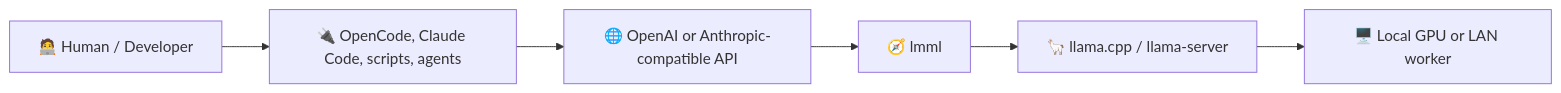
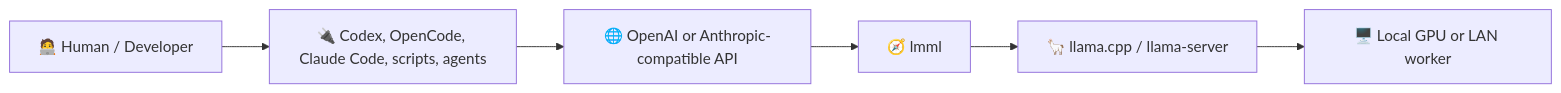
Before and after one commit to soulhash-labs/lmml: the first of 3 diagrams in README.md, drawn with Mermaid. The commit also changed other lines of this file and 6 other files, not shown here.

````diff
--- a/README.md
+++ b/README.md
@@ -31,8 +31,8 @@
 ```mermaid
 flowchart LR
-    Human["🧑‍💻 Human / Developer"] --> Client["🔌 OpenCode, Claude Code, scripts, agents"]
+    Human["🧑‍💻 Human / Developer"] --> Client["🔌 Codex, OpenCode, Claude Code, scripts, agents"]
     Client --> API["🌐 OpenAI or Anthropic-compatible API"]
     API --> LMML["🧭 lmml"]
     LMML --> Llama["🦙 llama.cpp / llama-server"]
     Llama --> GPU["🖥️ Local GPU or LAN worker"]
 ```
````
